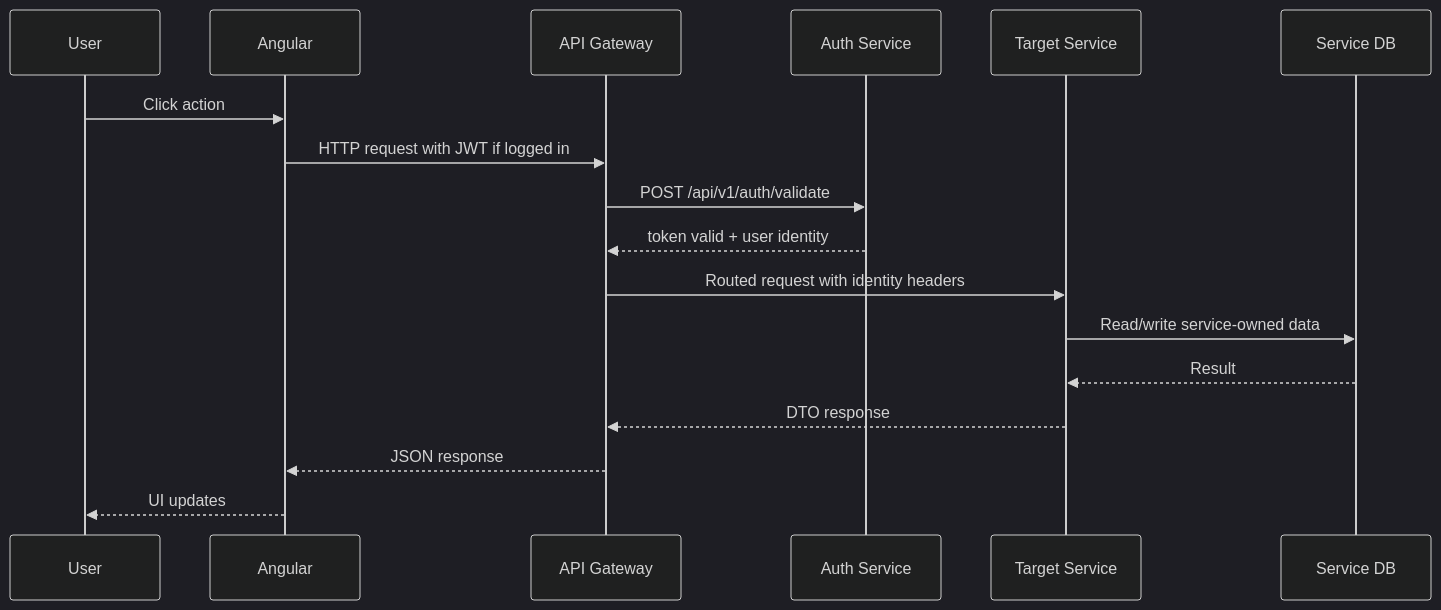
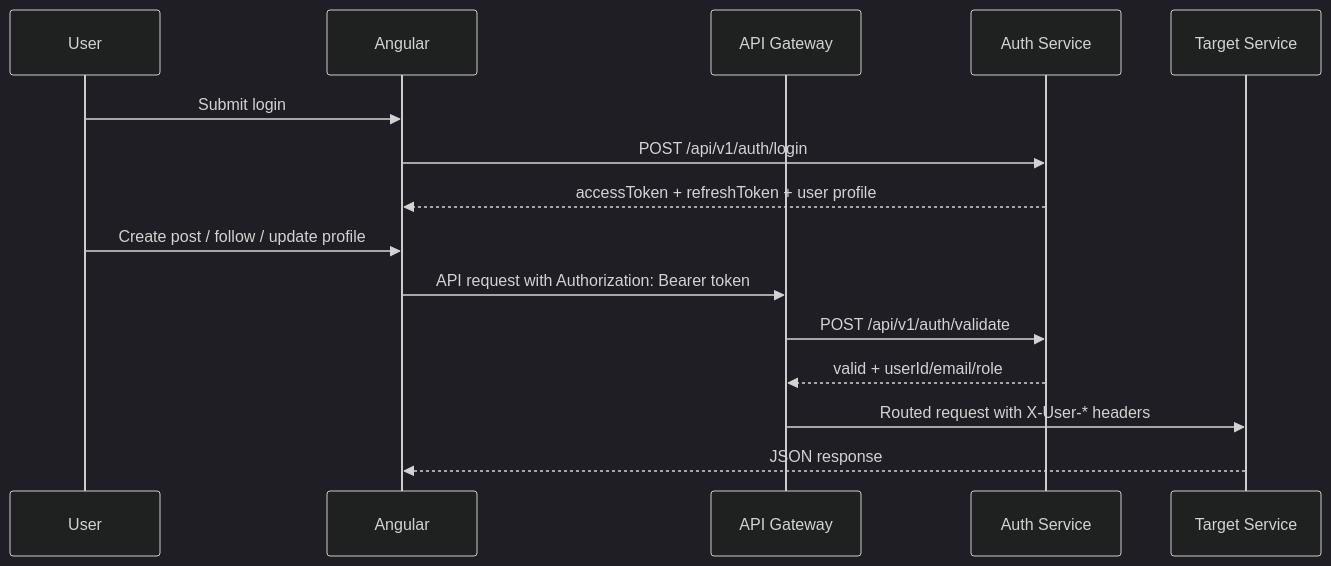
The second of 4 diagrams in PROJECT_COMPLETE_DOCUMENTATION.md (AnuragRajput-cyber/ConnectSphere), drawn with Mermaid (dark theme) before and after one commit. The commit also changed other lines of this file and 9 other files, not shown here.

````diff
--- a/PROJECT_COMPLETE_DOCUMENTATION.md
+++ b/PROJECT_COMPLETE_DOCUMENTATION.md
@@ -78,19 +74,17 @@
 ```mermaid
 sequenceDiagram
     participant U as User
-    participant A as Angular
+    participant W as Angular
     participant G as API Gateway
-    participant AS as Auth Service
+    participant A as Auth Service
     participant S as Target Service
-    participant DB as Service DB
-    U->>A: Click action
-    A->>G: HTTP request with JWT if logged in
-    G->>AS: POST /api/v1/auth/validate
-    AS-->>G: token valid + user identity
-    G->>S: Routed request with identity headers
-    S->>DB: Read/write service-owned data
-    DB-->>S: Result
-    S-->>G: DTO response
-    G-->>A: JSON response
-    A-->>U: UI updates
+    U->>W: Submit login
+    W->>A: POST /api/v1/auth/login
+    A-->>W: accessToken + refreshToken + user profile
+    U->>W: Create post / follow / update profile
+    W->>G: API request with Authorization: Bearer token
+    G->>A: POST /api/v1/auth/validate
+    A-->>G: valid + userId/email/role
+    G->>S: Routed request with X-User-* headers
+    S-->>W: JSON response
 ```
````
